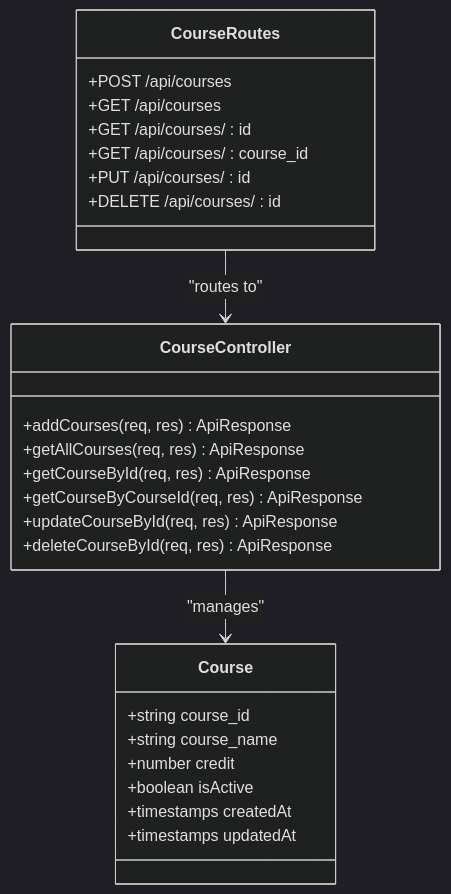
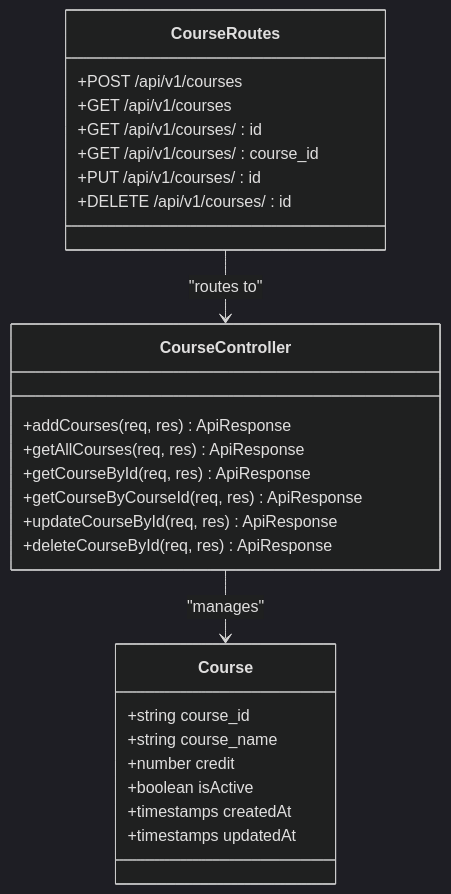
One commit to Aryan9060/Timetable-Project changed the third of 6 diagrams in .qoder/repowiki/en/content/API Reference/Master Data Endpoints/Course & Subject Management Endpoints.md. Above: the diagram before and after it, drawn with Mermaid (dark theme). The commit also changed other lines of this file and 15 other files, not shown here.

````diff
--- a/.qoder/repowiki/en/content/API Reference/Master Data Endpoints/Course & Subject Management Endpoints.md
+++ b/.qoder/repowiki/en/content/API Reference/Master Data Endpoints/Course & Subject Management Endpoints.md
@@ -223,29 +253,29 @@
 ```mermaid
 classDiagram
 class Course {
 +string course_id
 +string course_name
 +number credit
 +boolean isActive
 +timestamps createdAt
 +timestamps updatedAt
 }
 class CourseController {
 +addCourses(req, res) ApiResponse
 +getAllCourses(req, res) ApiResponse
 +getCourseById(req, res) ApiResponse
 +getCourseByCourseId(req, res) ApiResponse
 +updateCourseById(req, res) ApiResponse
 +deleteCourseById(req, res) ApiResponse
 }
 class CourseRoutes {
-+POST /api/courses
-+GET /api/courses
-+GET /api/courses/ : id
-+GET /api/courses/ : course_id
-+PUT /api/courses/ : id
-+DELETE /api/courses/ : id
++POST /api/v1/courses
++GET /api/v1/courses
++GET /api/v1/courses/ : id
++GET /api/v1/courses/ : course_id
++PUT /api/v1/courses/ : id
++DELETE /api/v1/courses/ : id
 }
 CourseController --> Course : "manages"
 CourseRoutes --> CourseController : "routes to"
 ```
````
